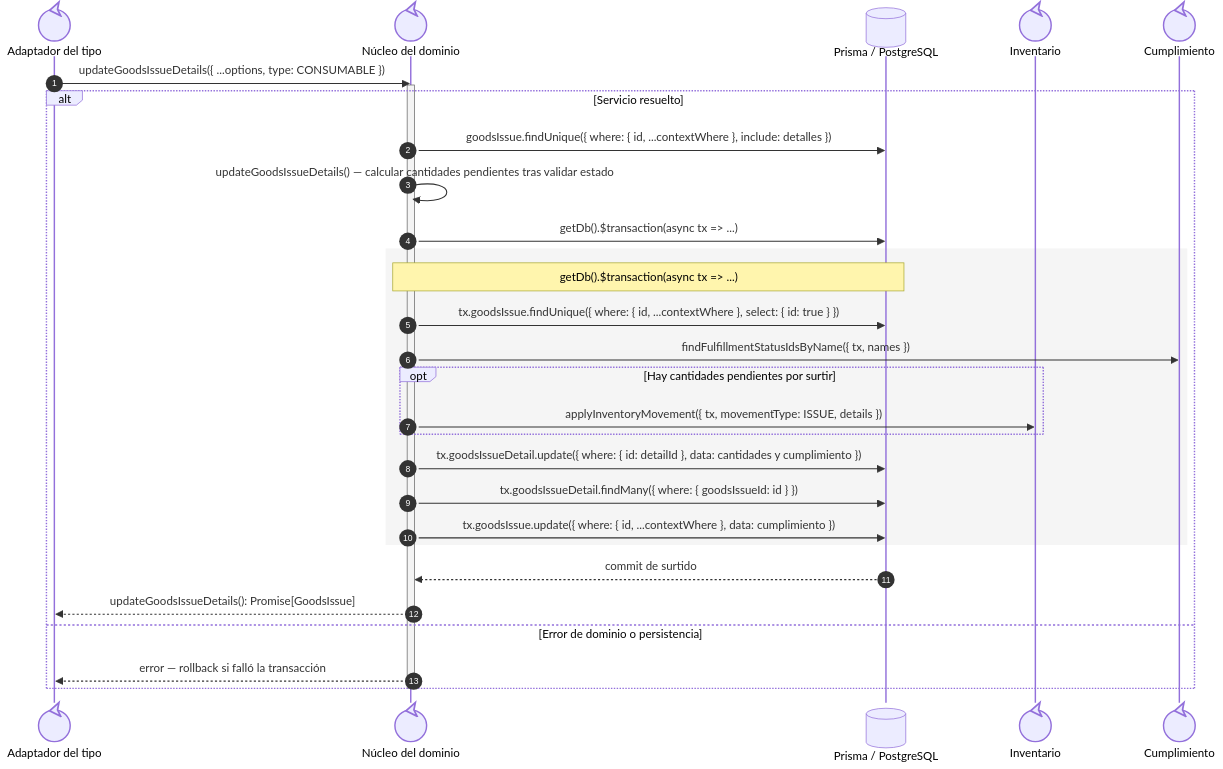
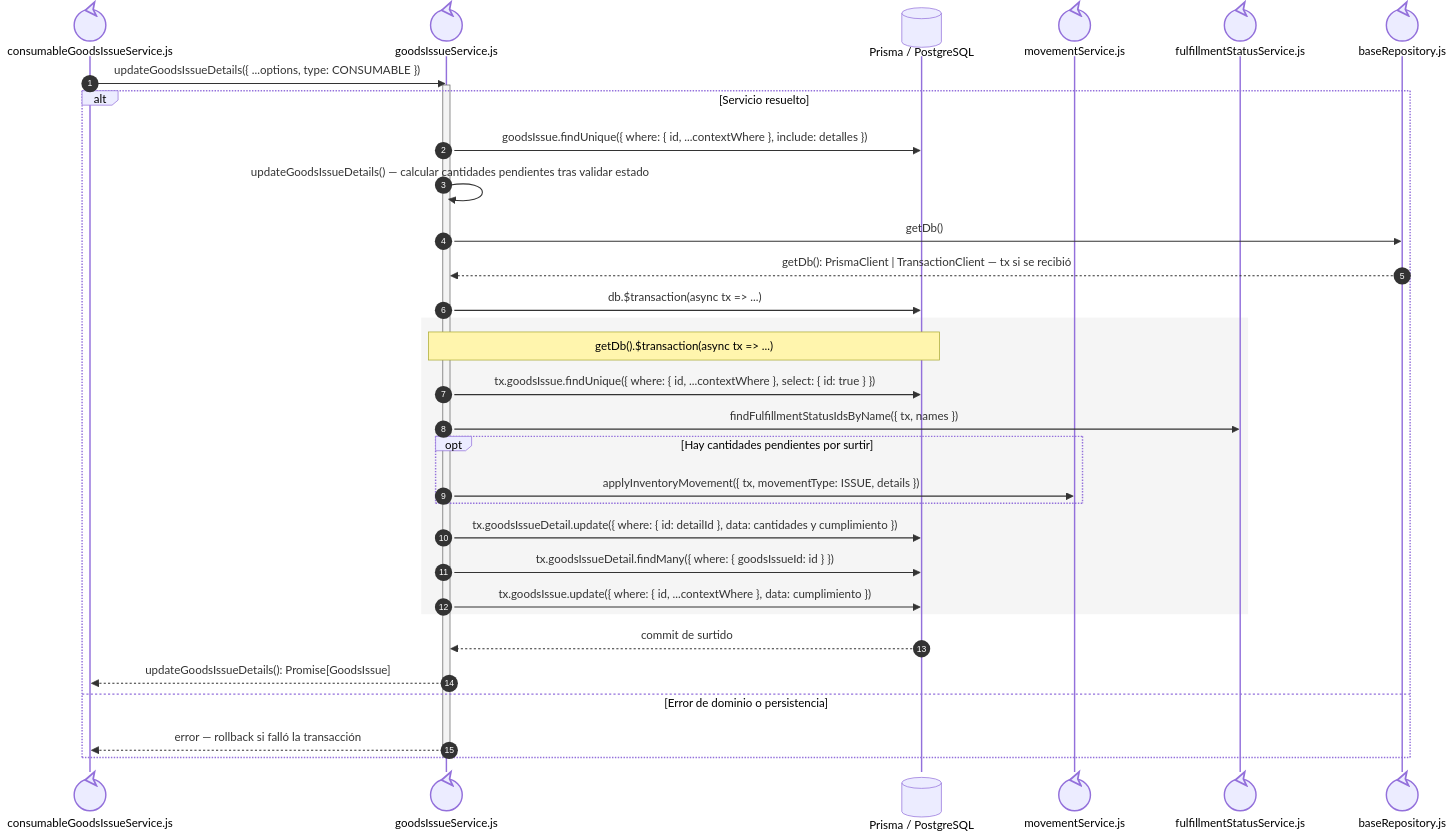
Before and after one commit to gpgsistemas01/nexus: the fourth of 6 diagrams in docs/architecture/views/processes/backend-code-sequences/issues/cu-sal-19.md, drawn with Mermaid. The commit also changed other lines of this file and 192 other files, not shown here.

Commit message:
docs: make sequence file ownership explicit and align code flows

````diff
--- a/docs/architecture/views/processes/backend-code-sequences/issues/cu-sal-19.md
+++ b/docs/architecture/views/processes/backend-code-sequences/issues/cu-sal-19.md
@@ -100,33 +158,37 @@
 ```mermaid
 sequenceDiagram
     autonumber
-    participant Facade@{ "type": "control" } as Adaptador del tipo
-    participant Core@{ "type": "control" } as Núcleo del dominio
+    participant Facade@{ "type": "control" } as consumableGoodsIssueService.js
+    participant Core@{ "type": "control" } as goodsIssueService.js
     participant Prisma@{ "type": "database" } as Prisma / PostgreSQL
-    participant Inventory@{ "type": "control" } as Inventario
-    participant Fulfillment@{ "type": "control" } as Cumplimiento
+    participant Inventory@{ "type": "control" } as movementService.js
+    participant Fulfillment@{ "type": "control" } as fulfillmentStatusService.js
+
+    participant FileBaseRepository@{ "type": "control" } as baseRepository.js
 
     Facade->>Core: updateGoodsIssueDetails({ ...options, type: CONSUMABLE })
     activate Core
     alt Servicio resuelto
         Core->>Prisma: goodsIssue.findUnique({ where: { id, ...contextWhere }, include: detalles })
         Core->>Core: updateGoodsIssueDetails() — calcular cantidades pendientes tras validar estado
-        Core->>Prisma: getDb().$transaction(async tx => ...)
+        Core->>FileBaseRepository: getDb()
+        FileBaseRepository-->>Core: getDb(): PrismaClient | TransactionClient — tx si se recibió
+        Core->>Prisma: db.$transaction(async tx => ...)
         rect rgb(245, 245, 245)
             Note over Core,Prisma: getDb().$transaction(async tx => ...)
             Core->>Prisma: tx.goodsIssue.findUnique({ where: { id, ...contextWhere }, select: { id: true } })
             Core->>Fulfillment: findFulfillmentStatusIdsByName({ tx, names })
             opt Hay cantidades pendientes por surtir
                 Core->>Inventory: applyInventoryMovement({ tx, movementType: ISSUE, details })
             end
             Core->>Prisma: tx.goodsIssueDetail.update({ where: { id: detailId }, data: cantidades y cumplimiento })
             Core->>Prisma: tx.goodsIssueDetail.findMany({ where: { goodsIssueId: id } })
             Core->>Prisma: tx.goodsIssue.update({ where: { id, ...contextWhere }, data: cumplimiento })
         end
         Prisma-->>Core: commit de surtido
         Core-->>Facade: updateGoodsIssueDetails(): Promise[GoodsIssue]
     else Error de dominio o persistencia
         Core-->>Facade: error — rollback si falló la transacción
     end
     deactivate Core
 ```
````
